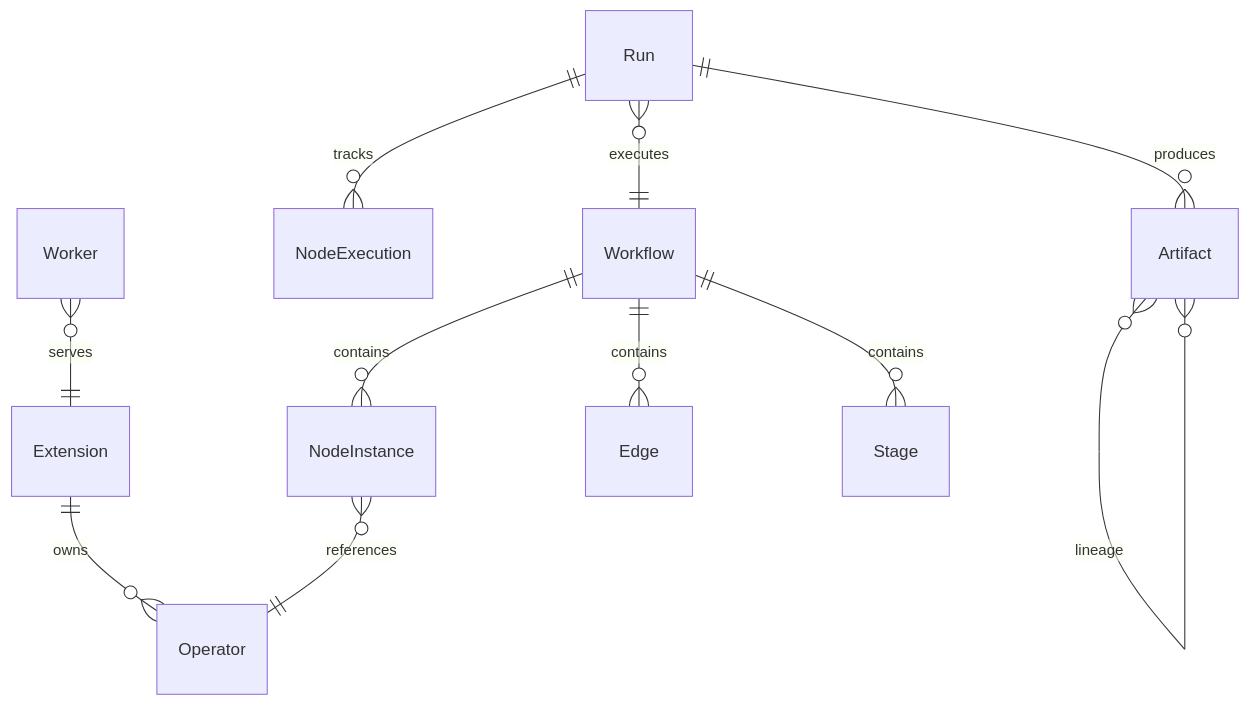
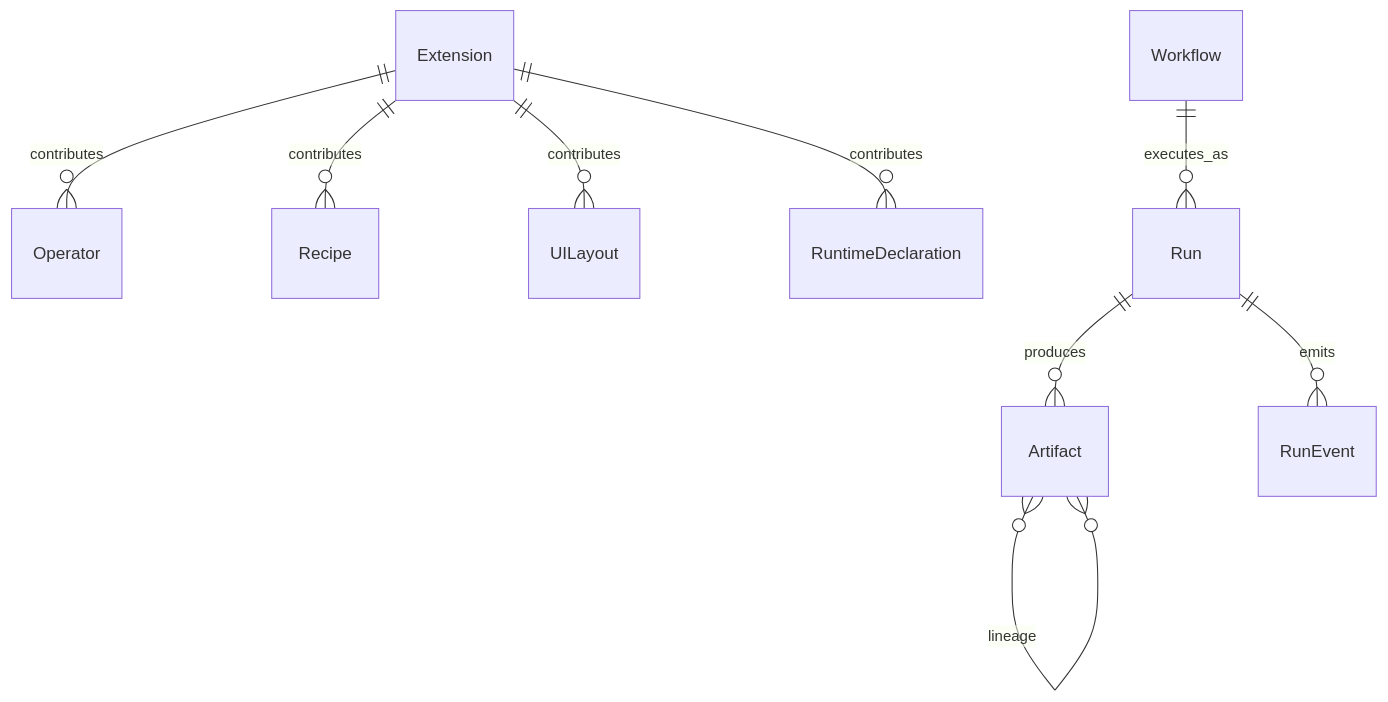
Before and after one commit to ldilov/nexus-dnn: the first of 2 diagrams in docs/data-model.md, drawn with Mermaid. The commit also changed other lines of this file and 102 other files, not shown here.

````diff
--- a/docs/data-model.md
+++ b/docs/data-model.md
@@ -9,13 +7,11 @@
 ```mermaid
 erDiagram
-    Extension ||--o{ Operator : "owns"
-    Workflow ||--o{ NodeInstance : "contains"
-    Workflow ||--o{ Edge : "contains"
-    Workflow ||--o{ Stage : "contains"
-    NodeInstance }o--|| Operator : "references"
-    Run }o--|| Workflow : "executes"
-    Run ||--o{ NodeExecution : "tracks"
-    Run ||--o{ Artifact : "produces"
-    Artifact }o--o{ Artifact : "lineage"
-    Worker }o--|| Extension : "serves"
+    Extension ||--o{ Operator : contributes
+    Extension ||--o{ Recipe : contributes
+    Extension ||--o{ UILayout : contributes
+    Extension ||--o{ RuntimeDeclaration : contributes
+    Workflow ||--o{ Run : executes_as
+    Run ||--o{ Artifact : produces
+    Run ||--o{ RunEvent : emits
+    Artifact }o--o{ Artifact : lineage
 ```
````
